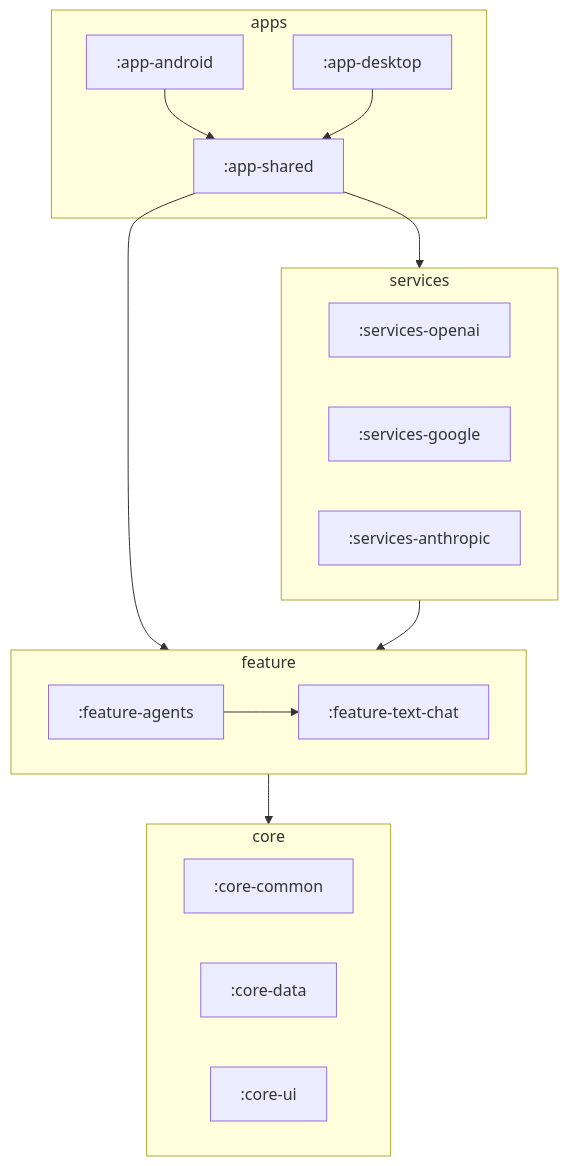
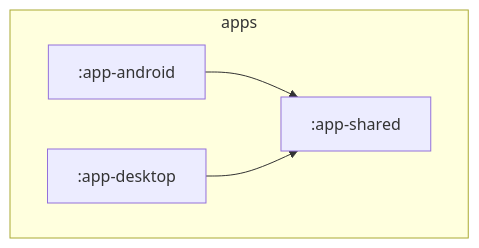
The diagram in README.md (Pointyware/Ember), drawn with Mermaid before and after one commit. The commit also changed other lines of this file and 16 other files, not shown here.

````diff
--- a/README.md
+++ b/README.md
@@ -48,31 +10,9 @@
 ```mermaid
 
 graph
     subgraph apps
     :app-android --> :app-shared
     :app-desktop --> :app-shared
     end
 
-    subgraph services
-    :services-openai
-    :services-google
-    :services-anthropic
-    end
-    :app-shared --> services
-
-    subgraph feature
-    :feature-agents
-    :feature-text-chat
-
-    :feature-agents --> :feature-text-chat
-    end
-    :app-shared --> feature
-    services --> feature
-
-    subgraph core
-    :core-common
-    :core-data
-    :core-ui
-    end
-    feature --> core
 ```
````
